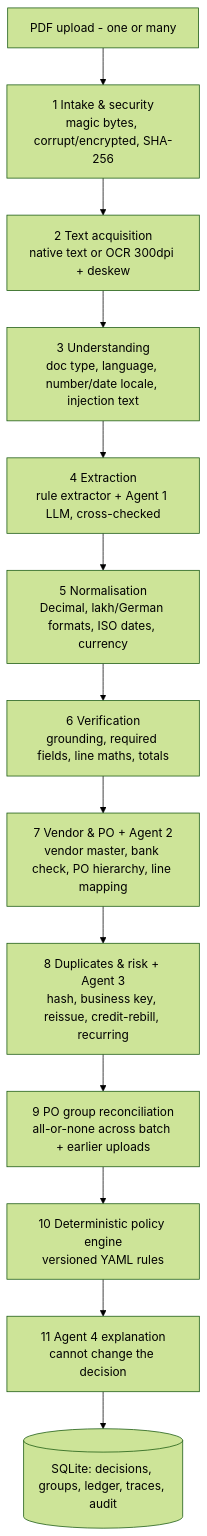
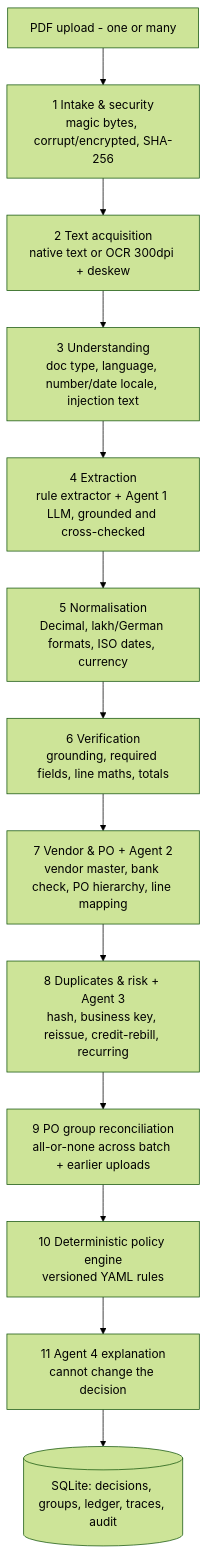
One commit to smilysarang/Invoice_processing changed the diagram in README.md. Above: the diagram before and after it, drawn with Mermaid (forest theme). The commit also changed other lines of this file and 1 other file, not shown here.

````diff
--- a/README.md
+++ b/README.md
@@ -82,15 +92,15 @@
 ```mermaid
 flowchart TD
     A[PDF upload - one or many] --> B[1 Intake & security<br/>magic bytes, corrupt/encrypted, SHA-256]
     B --> C[2 Text acquisition<br/>native text or OCR 300dpi + deskew]
     C --> D[3 Understanding<br/>doc type, language, number/date locale, injection text]
-    D --> E[4 Extraction<br/>rule extractor + Agent 1 LLM, cross-checked]
+    D --> E[4 Extraction<br/>rule extractor + Agent 1 LLM, grounded and cross-checked]
     E --> F[5 Normalisation<br/>Decimal, lakh/German formats, ISO dates, currency]
     F --> G[6 Verification<br/>grounding, required fields, line maths, totals]
     G --> H[7 Vendor & PO + Agent 2<br/>vendor master, bank check, PO hierarchy, line mapping]
     H --> I[8 Duplicates & risk + Agent 3<br/>hash, business key, reissue, credit-rebill, recurring]
     I --> J[9 PO group reconciliation<br/>all-or-none across batch + earlier uploads]
     J --> K[10 Deterministic policy engine<br/>versioned YAML rules]
     K --> L[11 Agent 4 explanation<br/>cannot change the decision]
     L --> M[(SQLite: decisions, groups, ledger, traces, audit)]
 ```
````
